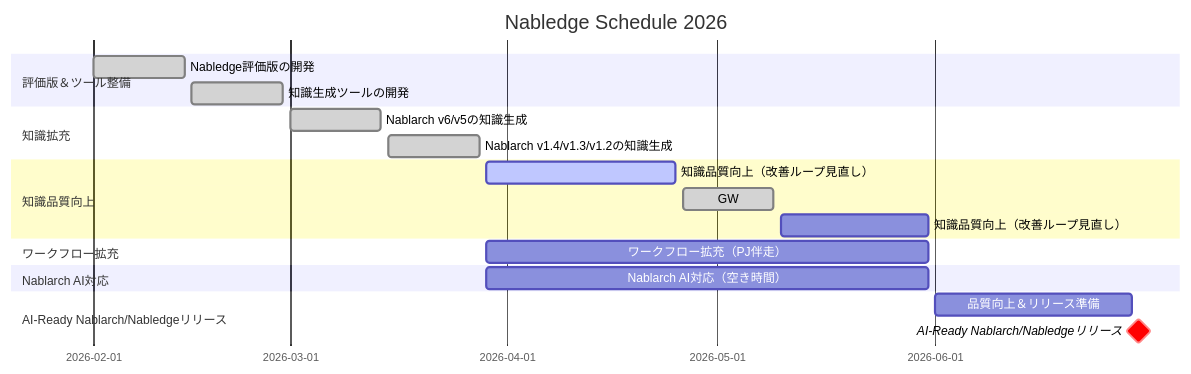
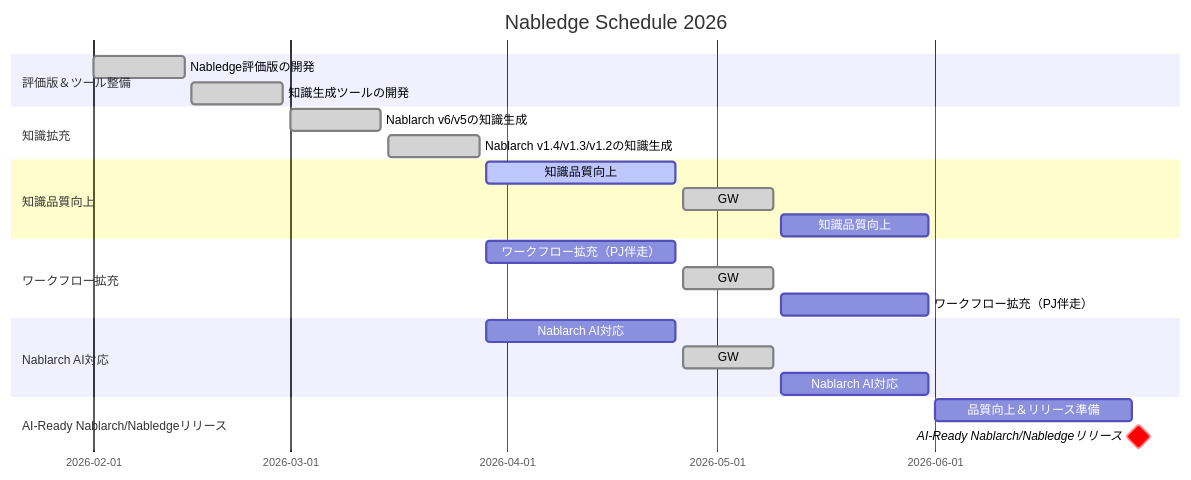
Before and after one commit to nablarch/nabledge-dev: the diagram in docs/development-status.md, drawn with Mermaid. The commit also changed other lines of this file, not shown here.

Commit message:
docs: apply review feedback to development-status.md

````diff
--- a/docs/development-status.md
+++ b/docs/development-status.md
@@ -19,31 +19,35 @@
 ```mermaid
 gantt
     title Nabledge Schedule 2026
     dateFormat YYYY-MM-DD
 
     section 評価版＆ツール整備
     Nabledge評価版の開発             :done, 2026-02-01, 2026-02-14
     知識生成ツールの開発             :done, 2026-02-15, 2026-02-28
 
     section 知識拡充
     Nablarch v6/v5の知識生成        :done, 2026-03-01, 2026-03-14
     Nablarch v1.4/v1.3/v1.2の知識生成 :done, 2026-03-15, 2026-03-28
 
     section 知識品質向上
-    知識品質向上（改善ループ見直し）  :active, 2026-03-29, 2026-04-25
+    知識品質向上                   :active, 2026-03-29, 2026-04-25
     GW                             :done, 2026-04-26, 2026-05-09
-    知識品質向上（改善ループ見直し）  :2026-05-10, 2026-05-31
+    知識品質向上                   :2026-05-10, 2026-05-31
 
     section ワークフロー拡充
-    ワークフロー拡充（PJ伴走）        :2026-03-29, 2026-05-31
+    ワークフロー拡充（PJ伴走）        :2026-03-29, 2026-04-25
+    GW                             :done, 2026-04-26, 2026-05-09
+    ワークフロー拡充（PJ伴走）        :2026-05-10, 2026-05-31
 
     section Nablarch AI対応
-    Nablarch AI対応（空き時間）       :2026-03-29, 2026-05-31
+    Nablarch AI対応                :2026-03-29, 2026-04-25
+    GW                             :done, 2026-04-26, 2026-05-09
+    Nablarch AI対応                :2026-05-10, 2026-05-31
 
     section AI-Ready Nablarch/Nabledgeリリース
     品質向上＆リリース準備                        :2026-06-01, 2026-06-29
     AI-Ready Nablarch/Nabledgeリリース          :crit, milestone, 2026-06-30, 0d
 
     section
     　                                          :done, 2026-07-01, 2026-07-14
 ```
````
